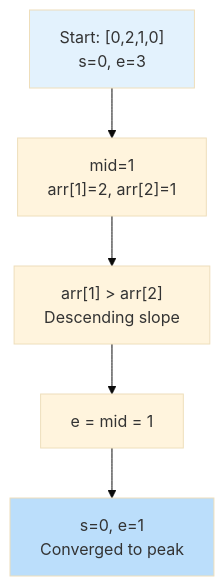
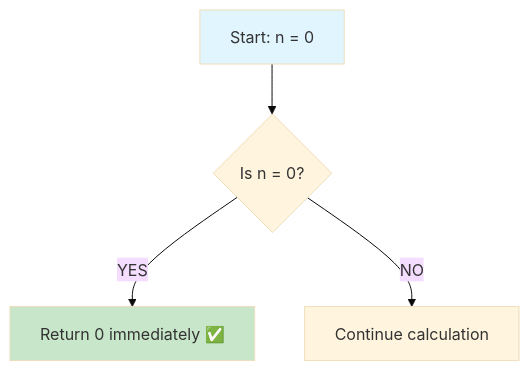
Before and after one commit to LuckyLongre123/README_RUNNER: the fourth of 10 diagrams in README.md, drawn with Mermaid (base theme). The commit also changed other lines of this file, not shown here.

````diff
--- a/README.md
+++ b/README.md
@@ -127,10 +121,9 @@
 ```mermaid
 flowchart TD
-    A["Start: [0,2,1,0]<br/>s=0, e=3"] --> B["mid=1<br/>arr[1]=2, arr[2]=1"]
-    B --> C["arr[1] > arr[2]<br/>Descending slope"]
-    C --> D["e = mid = 1"]
-    D --> E["s=0, e=1<br/>Converged to peak"]
+    A["Start: n = 0"] --> B{"Is n = 0?"}
+    B -->|"YES"| C["Return 0 immediately ✅"]
+    B -->|"NO"| D["Continue calculation"]
     
-    style A fill:#e3f2fd
-    style E fill:#bbdefb
+    style A fill:#e1f5fe
+    style C fill:#c8e6c9
 ```
````
